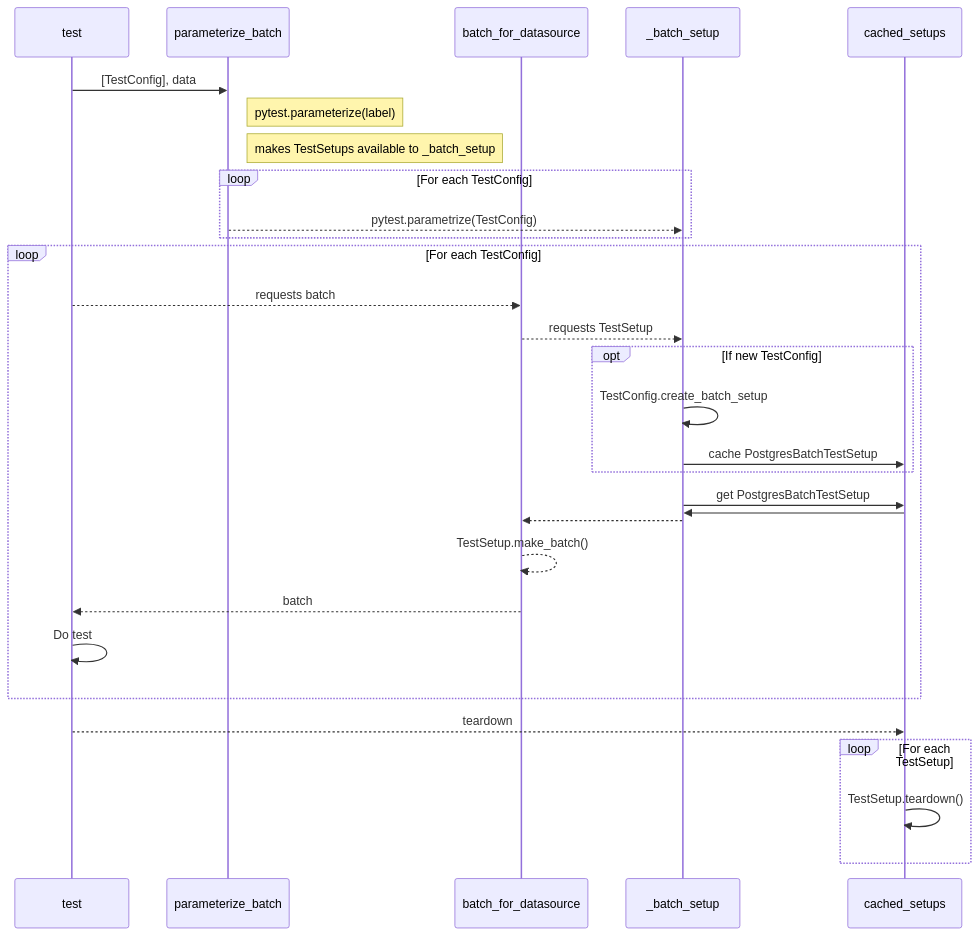
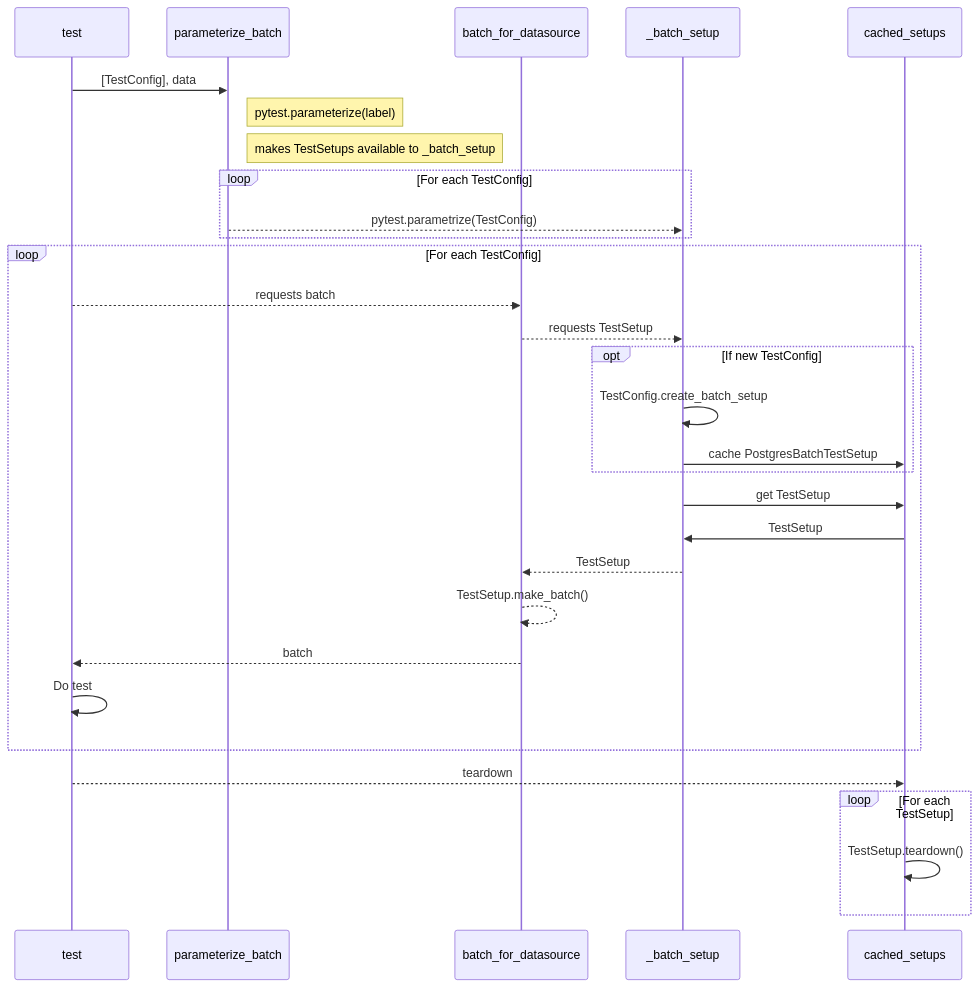
One commit to fivetran/great_expectations changed the second of 2 diagrams in tests/integration/data_sources_and_expectations/how_it_works.md. Above: the diagram before and after it, drawn with Mermaid.

Commit message:
Formatting

````diff
--- a/tests/integration/data_sources_and_expectations/how_it_works.md
+++ b/tests/integration/data_sources_and_expectations/how_it_works.md
@@ -34,36 +34,36 @@
 ```mermaid
 sequenceDiagram
     participant test
     participant parameterize_batch
     participant batch_for_datasource
     participant _batch_setup
     participant cached_setups
 
     test->>parameterize_batch: [TestConfig], data
     note right of parameterize_batch: pytest.parameterize(label)
     note right of parameterize_batch: makes TestSetups available to _batch_setup
     loop For each TestConfig
         parameterize_batch-->>_batch_setup: pytest.parametrize(TestConfig)
     end
 
     loop For each TestConfig
         test-->>batch_for_datasource: requests batch
         batch_for_datasource-->>_batch_setup: requests TestSetup
         opt If new TestConfig
             _batch_setup->>_batch_setup: TestConfig.create_batch_setup
             _batch_setup->>cached_setups: cache PostgresBatchTestSetup
         end
-        _batch_setup->>cached_setups: get PostgresBatchTestSetup
-        cached_setups->>_batch_setup:
-        _batch_setup-->>batch_for_datasource:
+        _batch_setup->>cached_setups: get TestSetup
+        cached_setups->>_batch_setup: TestSetup
+        _batch_setup-->>batch_for_datasource: TestSetup
         batch_for_datasource-->>batch_for_datasource: TestSetup.make_batch()
         batch_for_datasource-->>test: batch
         test->>test: Do test
     end
 
     test-->>cached_setups: teardown
     loop For each TestSetup
         cached_setups->>cached_setups: TestSetup.teardown()
     end
 
 ```
````
